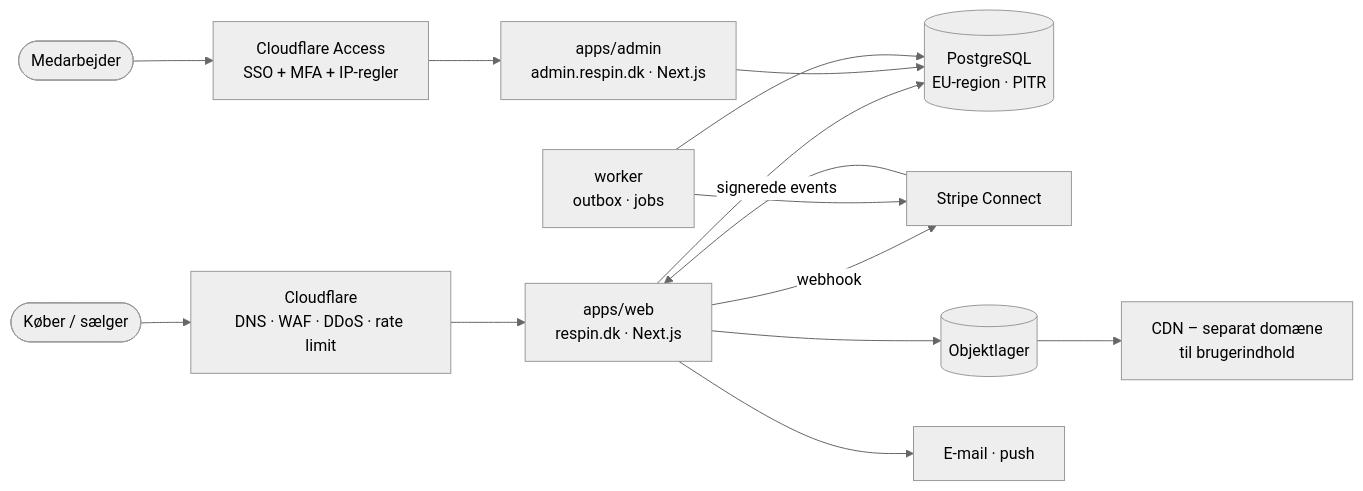
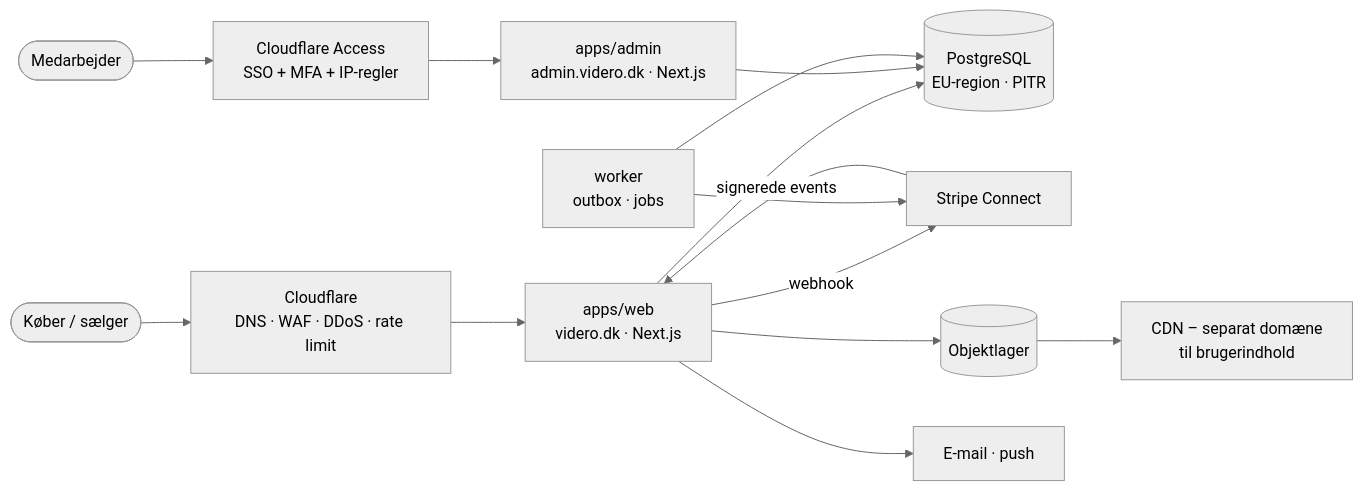
Before and after one commit to imnotcap/re-spin: the first of 2 diagrams in docs/platform/01-architecture.md, drawn with Mermaid (neutral theme). The commit also changed other lines of this file and 94 other files, not shown here.

````diff
--- a/docs/platform/01-architecture.md
+++ b/docs/platform/01-architecture.md
@@ -14,16 +14,16 @@
 ```mermaid
 flowchart LR
   user([Køber / sælger]) --> cf[Cloudflare<br/>DNS · WAF · DDoS · rate limit]
   staff([Medarbejder]) --> cfa[Cloudflare Access<br/>SSO + MFA + IP-regler]
-  cf --> web[apps/web<br/>respin.dk · Next.js]
-  cfa --> admin[apps/admin<br/>admin.respin.dk · Next.js]
+  cf --> web[apps/web<br/>videro.dk · Next.js]
+  cfa --> admin[apps/admin<br/>admin.videro.dk · Next.js]
   web --> db[(PostgreSQL<br/>EU-region · PITR)]
   admin --> db
   worker[worker<br/>outbox · jobs] --> db
   web -- webhook --> stripe[Stripe Connect]
   stripe -- signerede events --> web
   worker --> stripe
   web --> storage[(Objektlager)]
   storage --> cdn[CDN – separat domæne<br/>til brugerindhold]
   web --> email[E-mail · push]
 ```
````
